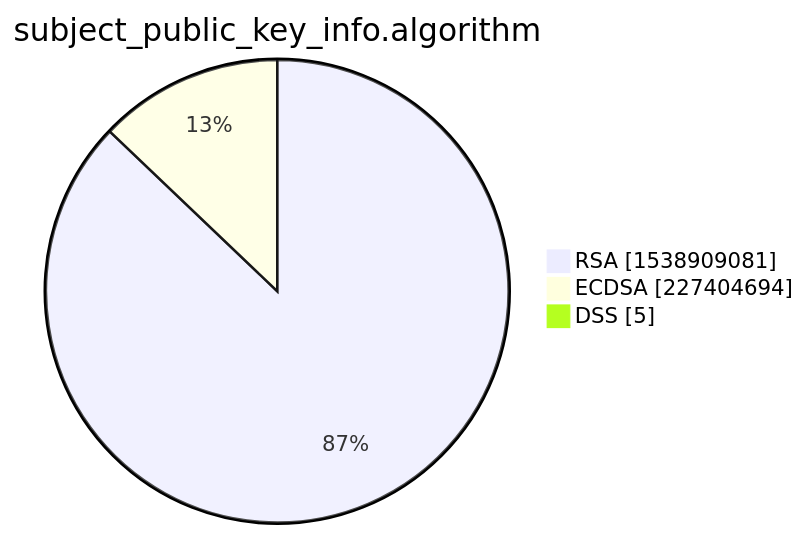
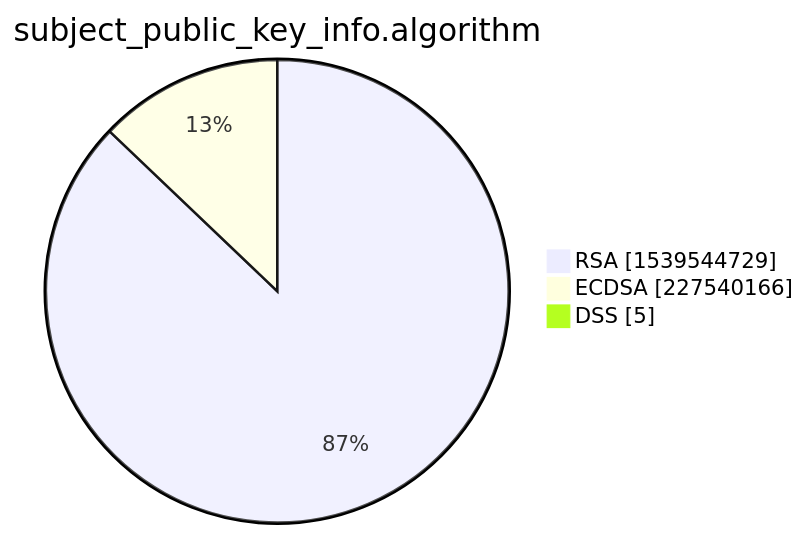
Before and after one commit to christiankrug/ctmonitor_visualization: the third of 15 diagrams in xenon2022/README.md, drawn with Mermaid. The commit also changed other lines of this file, not shown here.

````diff
--- a/xenon2022/README.md
+++ b/xenon2022/README.md
@@ -14,7 +14,7 @@
 ```mermaid
 pie showData
 title subject_public_key_info.algorithm
-"RSA" :1538909081
-"ECDSA" :227404694
+"RSA" :1539544729
+"ECDSA" :227540166
 "DSS" :5
 ```
````
